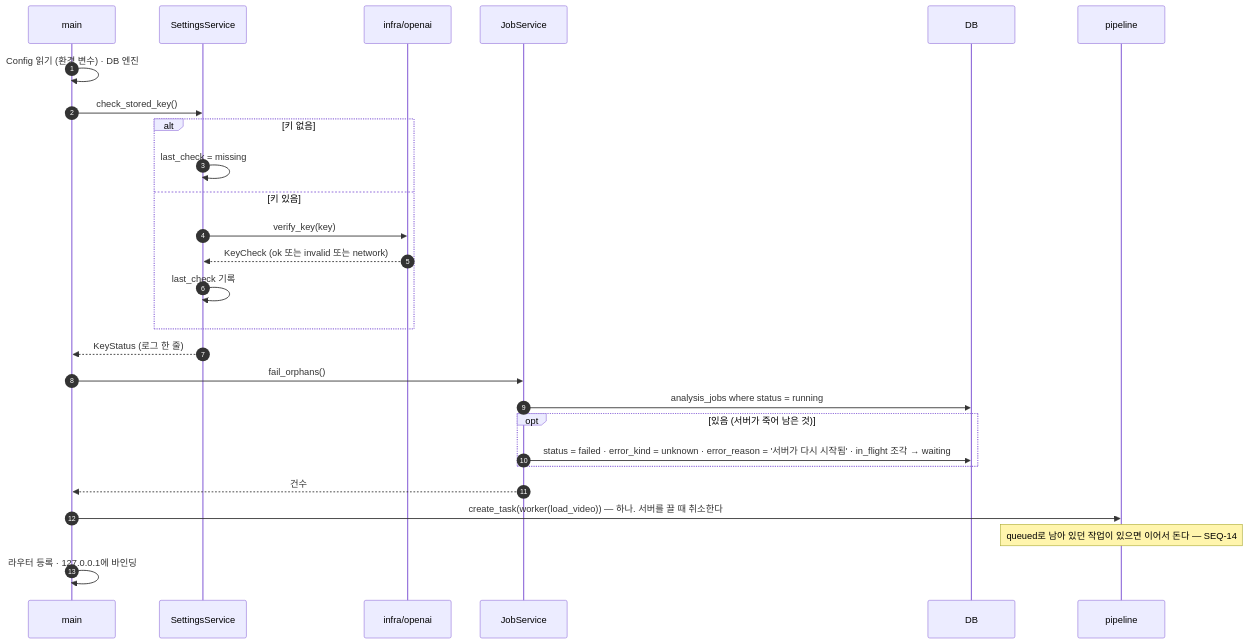
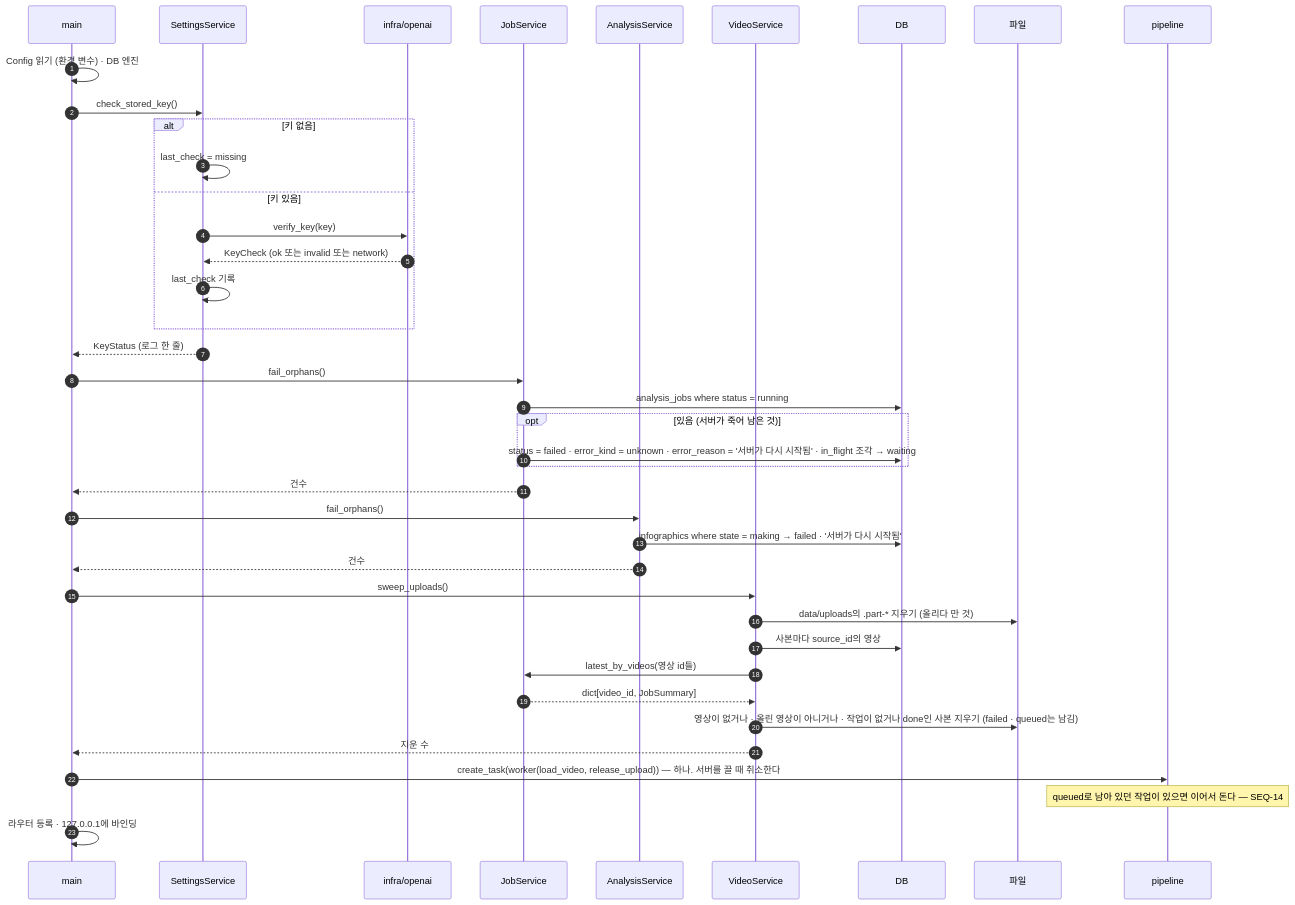
Diagram 13 of 19 in docs/specs/09-SEQ/VA-SEQ-001.md (HoyoungParkme/video-agent), drawn with Mermaid before and after one commit. The commit also changed other lines of this file, not shown here.

````diff
--- a/docs/specs/09-SEQ/VA-SEQ-001.md
+++ b/docs/specs/09-SEQ/VA-SEQ-001.md
@@ -870,30 +902,43 @@
 ```mermaid
 sequenceDiagram
     autonumber
     participant MN as main
     participant SS as SettingsService
     participant OA as infra/openai
     participant JS as JobService
+    participant AS as AnalysisService
+    participant VS as VideoService
     participant DB
+    participant FS as 파일
     participant PL as pipeline
 
     MN->>MN: Config 읽기 (환경 변수) · DB 엔진
     MN->>SS: check_stored_key()
     alt 키 없음
         SS->>SS: last_check = missing
     else 키 있음
         SS->>OA: verify_key(key)
         OA-->>SS: KeyCheck (ok 또는 invalid 또는 network)
         SS->>SS: last_check 기록
     end
     SS-->>MN: KeyStatus (로그 한 줄)
     MN->>JS: fail_orphans()
     JS->>DB: analysis_jobs where status = running
     opt 있음 (서버가 죽어 남은 것)
         JS->>DB: status = failed · error_kind = unknown · error_reason = '서버가 다시 시작됨' · in_flight 조각 → waiting
     end
     JS-->>MN: 건수
-    MN->>PL: create_task(worker(load_video)) — 하나. 서버를 끌 때 취소한다
+    MN->>AS: fail_orphans()
+    AS->>DB: infographics where state = making → failed · '서버가 다시 시작됨'
+    AS-->>MN: 건수
+    MN->>VS: sweep_uploads()
+    VS->>FS: data/uploads의 .part-* 지우기 (올리다 만 것)
+    VS->>DB: 사본마다 source_id의 영상
+    VS->>JS: latest_by_videos(영상 id들)
+    JS-->>VS: dict[video_id, JobSummary]
+    VS->>FS: 영상이 없거나 · 올린 영상이 아니거나 · 작업이 없거나 done인 사본 지우기 (failed · queued는 남김)
+    VS-->>MN: 지운 수
+    MN->>PL: create_task(worker(load_video, release_upload)) — 하나. 서버를 끌 때 취소한다
     Note over PL: queued로 남아 있던 작업이 있으면 이어서 돈다 — SEQ-14
     MN->>MN: 라우터 등록 · 127.0.0.1에 바인딩
 ```
````
